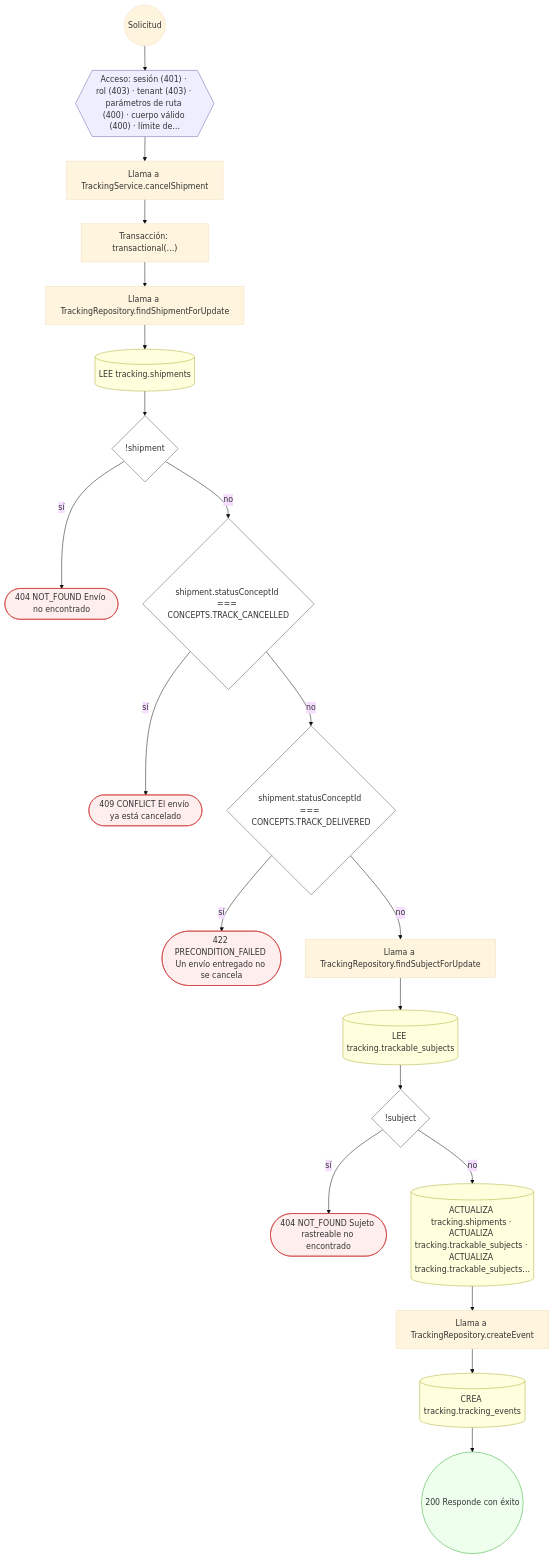
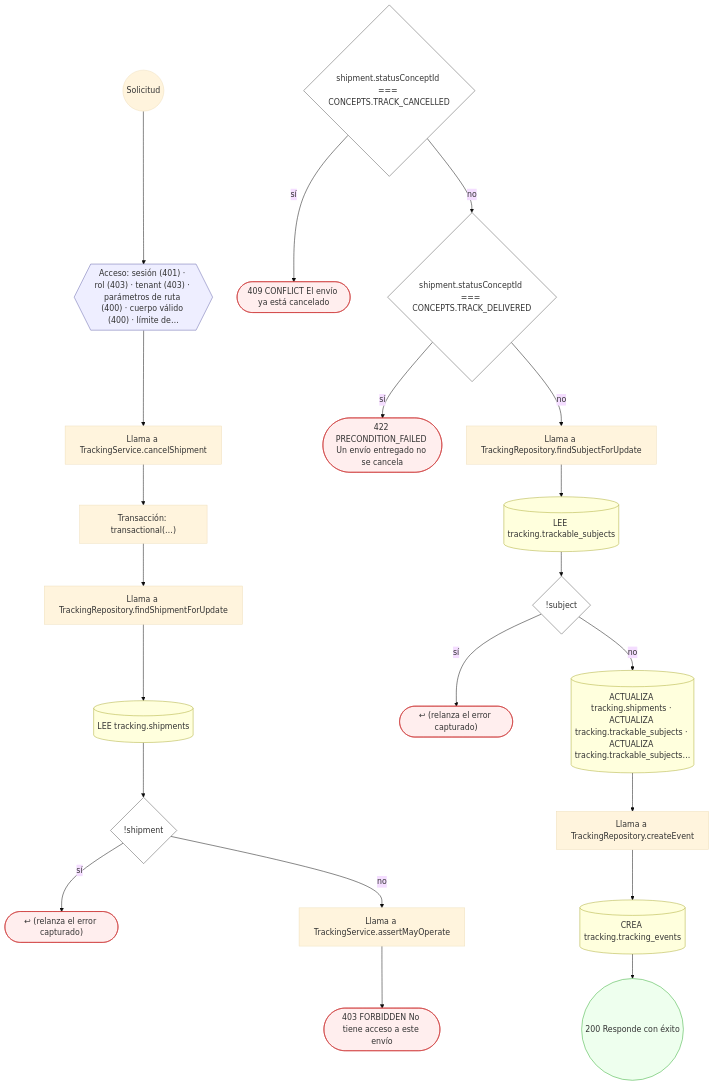
Before and after one commit to mdavila-2001/mantra-core-health-api: the third of 12 diagrams in docs/inventario/flujos/tracking.md, drawn with Mermaid (base theme). The commit also changed other lines of this file and 438 other files, not shown here.

````diff
--- a/docs/inventario/flujos/tracking.md
+++ b/docs/inventario/flujos/tracking.md
@@ -259,48 +259,51 @@
 ```mermaid
 flowchart TD
   n1(("Solicitud")):::inicio
   n2{{"Acceso: sesión (401) · rol (403) · tenant (403) · parámetros de ruta (400) · cuerpo válido (400) · límite de…"}}:::acceso
   n1 --> n2
   n3["Llama a TrackingService.cancelShipment"]:::llamada
   n2 --> n3
   n4["Transacción: transactional(…)"]:::transaccion
   n3 --> n4
   n5["Llama a TrackingRepository.findShipmentForUpdate"]:::llamada
   n4 --> n5
   n6[("LEE tracking.shipments")]:::efecto
   n5 --> n6
   n7{"!shipment"}:::decision
   n6 --> n7
-  n8(["404 NOT_FOUND Envío no encontrado"]):::error
+  n8(["↩ (relanza el error capturado)"]):::error
   n7 -->|"sí"| n8
-  n9{"shipment.statusConceptId === CONCEPTS.TRACK_CANCELLED"}:::decision
+  n9["Llama a TrackingService.assertMayOperate"]:::llamada
   n7 -->|"no"| n9
-  n10(["409 CONFLICT El envío ya está cancelado"]):::error
-  n9 -->|"sí"| n10
-  n11{"shipment.statusConceptId === CONCEPTS.TRACK_DELIVERED"}:::decision
-  n9 -->|"no"| n11
-  n12(["422 PRECONDITION_FAILED Un envío entregado no se cancela"]):::error
+  n10(["403 FORBIDDEN No tiene acceso a este envío"]):::error
+  n9 --> n10
+  n11{"shipment.statusConceptId === CONCEPTS.TRACK_CANCELLED"}:::decision
+  n12(["409 CONFLICT El envío ya está cancelado"]):::error
   n11 -->|"sí"| n12
-  n13["Llama a TrackingRepository.findSubjectForUpdate"]:::llamada
+  n13{"shipment.statusConceptId === CONCEPTS.TRACK_DELIVERED"}:::decision
   n11 -->|"no"| n13
-  n14[("LEE tracking.trackable_subjects")]:::efecto
-  n13 --> n14
-  n15{"!subject"}:::decision
-  n14 --> n15
-  n16(["404 NOT_FOUND Sujeto rastreable no encontrado"]):::error
-  n15 -->|"sí"| n16
-  n17[("ACTUALIZA tracking.shipments · ACTUALIZA tracking.trackable_subjects · ACTUALIZA tracking.trackable_subjects…")]:::efecto
-  n15 -->|"no"| n17
-  n18["Llama a TrackingRepository.createEvent"]:::llamada
-  n17 --> n18
-  n19[("CREA tracking.tracking_events")]:::efecto
-  n18 --> n19
-  n20(("200 Responde con éxito")):::ok
+  n14(["422 PRECONDITION_FAILED Un envío entregado no se cancela"]):::error
+  n13 -->|"sí"| n14
+  n15["Llama a TrackingRepository.findSubjectForUpdate"]:::llamada
+  n13 -->|"no"| n15
+  n16[("LEE tracking.trackable_subjects")]:::efecto
+  n15 --> n16
+  n17{"!subject"}:::decision
+  n16 --> n17
+  n18(["↩ (relanza el error capturado)"]):::error
+  n17 -->|"sí"| n18
+  n19[("ACTUALIZA tracking.shipments · ACTUALIZA tracking.trackable_subjects · ACTUALIZA tracking.trackable_subjects…")]:::efecto
+  n17 -->|"no"| n19
+  n20["Llama a TrackingRepository.createEvent"]:::llamada
   n19 --> n20
+  n21[("CREA tracking.tracking_events")]:::efecto
+  n20 --> n21
+  n22(("200 Responde con éxito")):::ok
+  n21 --> n22
   classDef acceso fill:#eef,stroke:#66a
   classDef error fill:#fee,stroke:#c33
   classDef ok fill:#efe,stroke:#3a3
   classDef efecto fill:#ffd,stroke:#aa3
   classDef decision fill:#fff,stroke:#555
   classDef corte fill:#eee,stroke:#999,stroke-dasharray: 4
 ```
````
